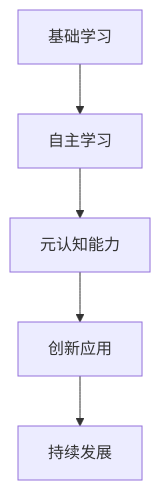
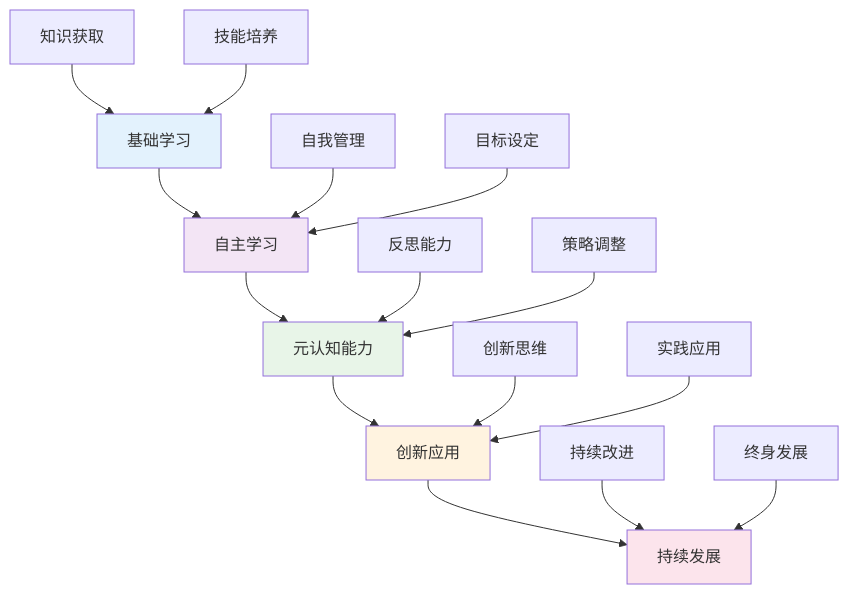
The third of 8 diagrams in 04-评估与发展/03-终身学习能力.md (AdaMartin18010/SeniorEnducation), drawn with Mermaid before and after one commit. The commit also changed other lines of this file and 16 other files, not shown here.

````diff
--- a/04-评估与发展/03-终身学习能力.md
+++ b/04-评估与发展/03-终身学习能力.md
@@ -206,7 +186,24 @@
 ```mermaid
 graph TD
     A[基础学习] --> B[自主学习]
     B --> C[元认知能力]
     C --> D[创新应用]
     D --> E[持续发展]
+    
+    A1[知识获取] --> A
+    A2[技能培养] --> A
+    B1[自我管理] --> B
+    B2[目标设定] --> B
+    C1[反思能力] --> C
+    C2[策略调整] --> C
+    D1[创新思维] --> D
+    D2[实践应用] --> D
+    E1[持续改进] --> E
+    E2[终身发展] --> E
+    
+    style A fill:#e3f2fd
+    style B fill:#f3e5f5
+    style C fill:#e8f5e8
+    style D fill:#fff3e0
+    style E fill:#fce4ec
 ```
````
